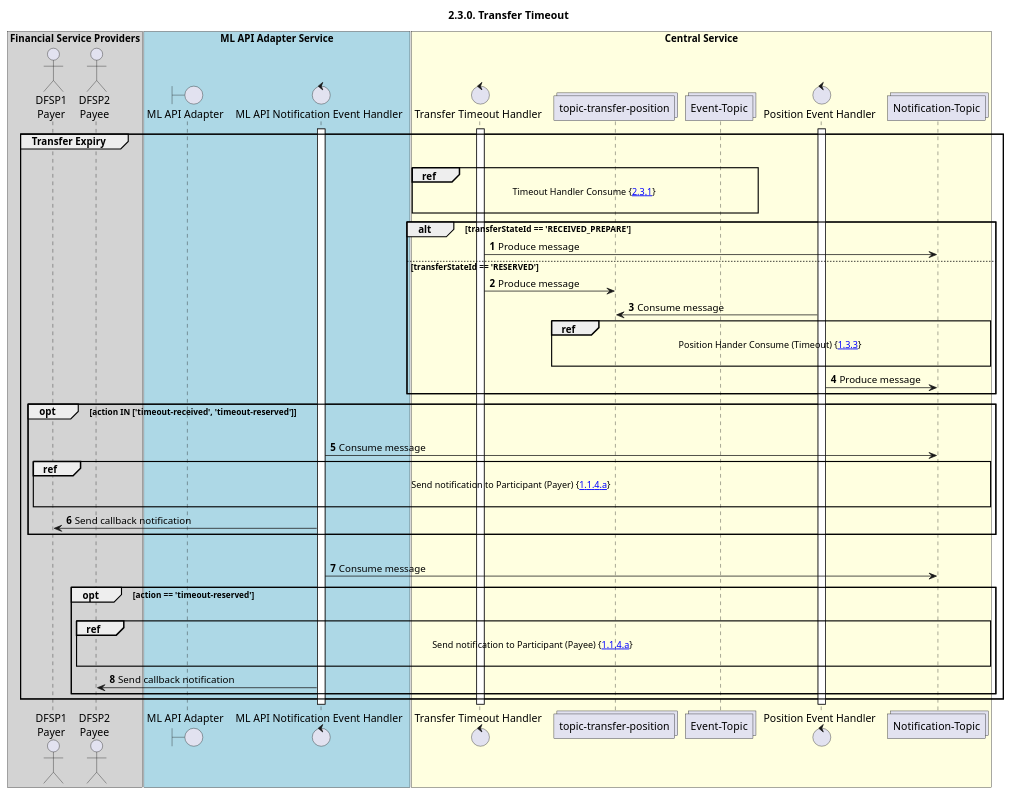
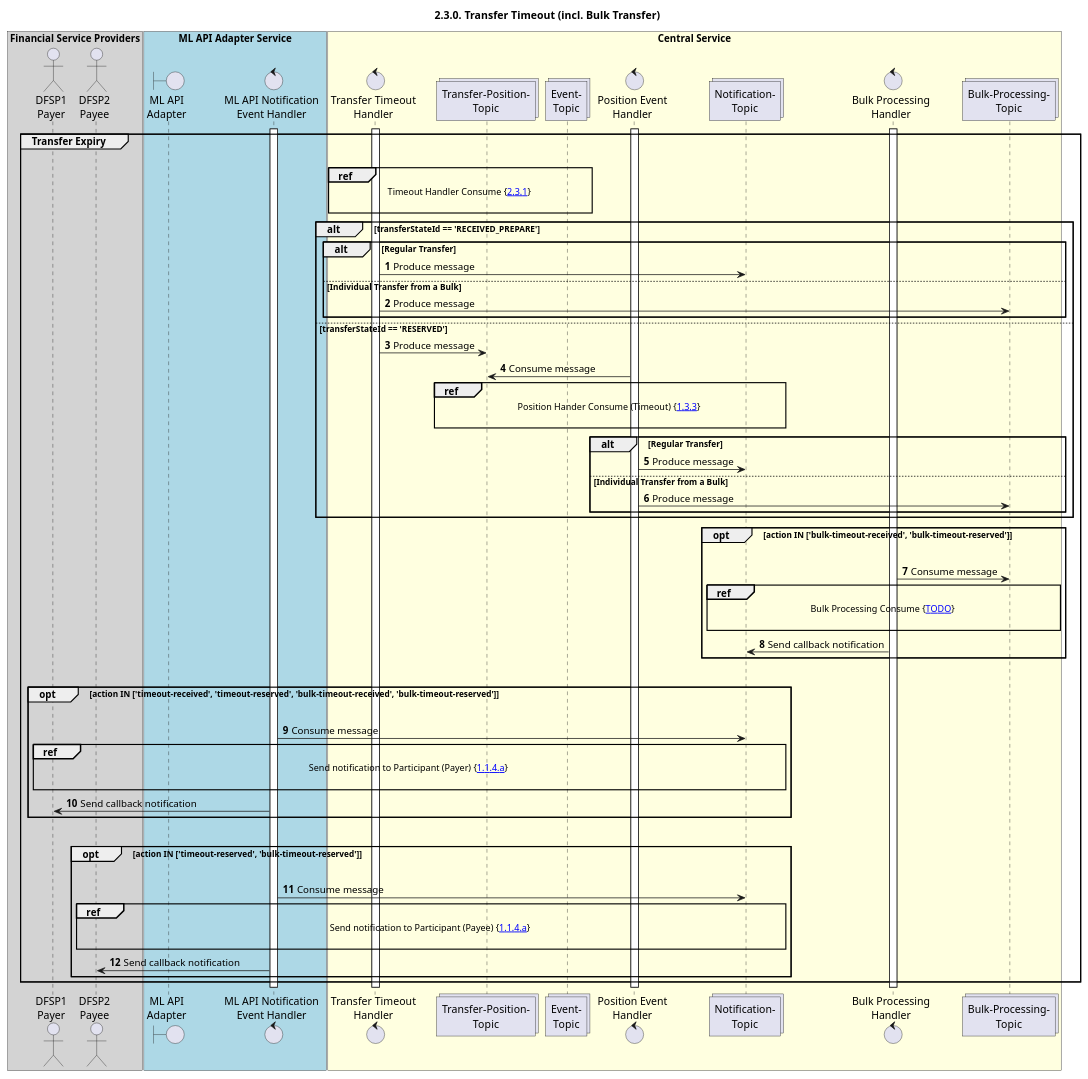
One commit to mojaloop/documentation changed the diagram in mojaloop-technical-overview/central-ledger/assets/diagrams/sequence/seq-timeout-2.3.0.plantuml. Above: the diagram before and after it, drawn with PlantUML. The commit also changed 2 other files, not shown here.

Commit message:
Added sequence diagrams for Bulk Timeout & Bulk Processing Handler

```diff
--- a/mojaloop-technical-overview/central-ledger/assets/diagrams/sequence/seq-timeout-2.3.0.plantuml
+++ b/mojaloop-technical-overview/central-ledger/assets/diagrams/sequence/seq-timeout-2.3.0.plantuml
@@ -25,75 +25,96 @@
 @startuml
 ' declate title
-title 2.3.0. Transfer Timeout
+title 2.3.0. Transfer Timeout (incl. Bulk Transfer)
 
 autonumber
 
 ' Actor Keys:
 '   boundary - APIs/Interfaces, etc
 '   collections - Kafka Topics
 '   control - Kafka Consumers
 '   entity - Database Access Objects
 '   database - Database Persistance Store
 
 ' declare actors
 actor "DFSP1\nPayer" as DFSP1
 actor "DFSP2\nPayee" as DFSP2
-boundary "ML API Adapter" as MLAPI
-control "ML API Notification Event Handler" as NOTIFY_HANDLER
-control "Transfer Timeout Handler" as EXP_HANDLER
-collections "topic-transfer-position" as TOPIC_TRANSFER_POSITION
-control "Position Event Handler" as POS_HANDLER
-collections "Notification-Topic" as TOPIC_NOTIFICATIONS
-collections "Event-Topic" as TOPIC_EVENT
+boundary "ML API\nAdapter" as MLAPI
+control "ML API Notification\nEvent Handler" as NOTIFY_HANDLER
+control "Transfer Timeout\nHandler" as EXP_HANDLER
+collections "Transfer-Position-\nTopic" as TOPIC_TRANSFER_POSITION
+control "Position Event\nHandler" as POS_HANDLER
+control "Bulk Processing\nHandler" as BULK_PROCESSING_HANDLER
+collections "Notification-\nTopic" as TOPIC_NOTIFICATIONS
+collections "Event-\nTopic" as TOPIC_EVENT
+collections "Bulk-Processing-\nTopic" as BULK_PROCESSING_TOPIC
 
 box "Financial Service Providers" #lightGray
 	participant DFSP1
 	participant DFSP2
 end box
 
 box "ML API Adapter Service" #LightBlue
 	participant MLAPI
 	participant NOTIFY_HANDLER
 end box
 
 box "Central Service" #LightYellow
     participant EXP_HANDLER
     participant TOPIC_TRANSFER_POSITION
     participant TOPIC_EVENT
     participant POS_HANDLER
     participant TOPIC_NOTIFICATIONS
+    participant BULK_PROCESSING_HANDLER
+    participant BULK_PROCESSING_TOPIC
 end box
 
 ' start flow
 activate NOTIFY_HANDLER
 activate EXP_HANDLER
 activate POS_HANDLER
+activate BULK_PROCESSING_HANDLER
 group Transfer Expiry
     |||
     ref over EXP_HANDLER, TOPIC_EVENT :  Timeout Handler Consume {[[https://github.com/mojaloop/docs/blob/master/Diagrams/SequenceDiagrams/seq-timeout-2.3.1.svg 2.3.1]]} \n
     alt transferStateId == 'RECEIVED_PREPARE'
-        EXP_HANDLER -> TOPIC_NOTIFICATIONS: Produce message
+        alt Regular Transfer
+            EXP_HANDLER -> TOPIC_NOTIFICATIONS: Produce message
+        else Individual Transfer from a Bulk
+            EXP_HANDLER -> BULK_PROCESSING_TOPIC: Produce message
+        end
     else transferStateId == 'RESERVED'
         EXP_HANDLER -> TOPIC_TRANSFER_POSITION: Produce message
         TOPIC_TRANSFER_POSITION <- POS_HANDLER: Consume message
         ref over TOPIC_TRANSFER_POSITION, TOPIC_NOTIFICATIONS :  Position Hander Consume (Timeout) {[[https://github.com/mojaloop/docs/blob/master/Diagrams/SequenceDiagrams/seq-position-1.3.3-abort.svg 1.3.3]]} \n
-        POS_HANDLER -> TOPIC_NOTIFICATIONS: Produce message
+        alt Regular Transfer
+            POS_HANDLER -> TOPIC_NOTIFICATIONS: Produce message
+        else Individual Transfer from a Bulk
+            POS_HANDLER -> BULK_PROCESSING_TOPIC: Produce message
+        end
     end
-    opt action IN ['timeout-received', 'timeout-reserved']
+    opt action IN ['bulk-timeout-received', 'bulk-timeout-reserved']
+        |||
+        BULK_PROCESSING_TOPIC <- BULK_PROCESSING_HANDLER: Consume message
+        ref over TOPIC_NOTIFICATIONS, BULK_PROCESSING_TOPIC : Bulk Processing Consume {[[http://url-of-bulk-processing-sequence TODO]]} \n
+        BULK_PROCESSING_HANDLER -> TOPIC_NOTIFICATIONS: Send callback notification
+    end
+    |||
+    opt action IN ['timeout-received', 'timeout-reserved', 'bulk-timeout-received', 'bulk-timeout-reserved']
         |||
         TOPIC_NOTIFICATIONS <- NOTIFY_HANDLER: Consume message
         ref over DFSP1, TOPIC_NOTIFICATIONS : Send notification to Participant (Payer) {[[https://github.com/mojaloop/docs/blob/master/Diagrams/SequenceDiagrams/seq-prepare-1.1.4.a.svg 1.1.4.a]]} \n
         NOTIFY_HANDLER -> DFSP1: Send callback notification
     end
     |||
-    TOPIC_NOTIFICATIONS <- NOTIFY_HANDLER: Consume message
-    opt action == 'timeout-reserved'
+    opt action IN ['timeout-reserved', 'bulk-timeout-reserved']
         |||
+        TOPIC_NOTIFICATIONS <- NOTIFY_HANDLER: Consume message
         ref over DFSP2, TOPIC_NOTIFICATIONS : Send notification to Participant (Payee) {[[https://github.com/mojaloop/docs/blob/master/Diagrams/SequenceDiagrams/seq-prepare-1.1.4.a.svg 1.1.4.a]]} \n
         NOTIFY_HANDLER -> DFSP2: Send callback notification
     end
 end
+deactivate BULK_PROCESSING_HANDLER
 deactivate POS_HANDLER
 deactivate EXP_HANDLER
 deactivate NOTIFY_HANDLER
 @enduml
```
